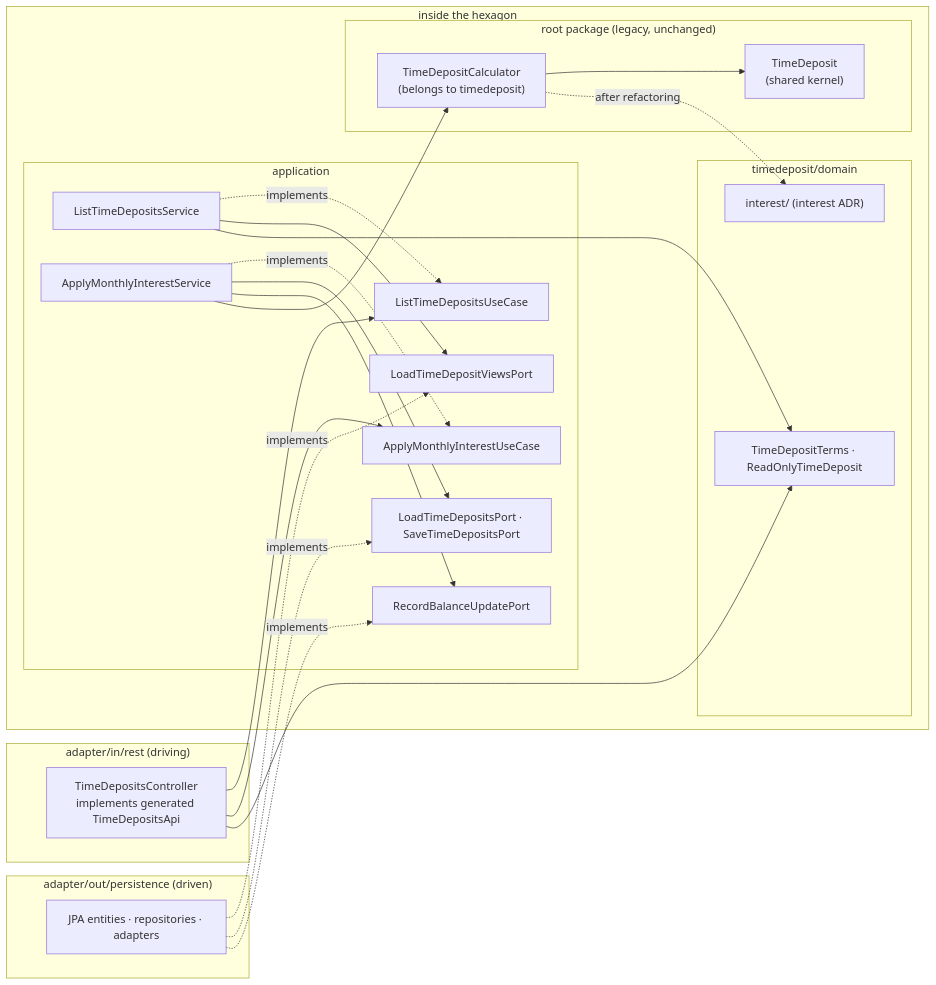
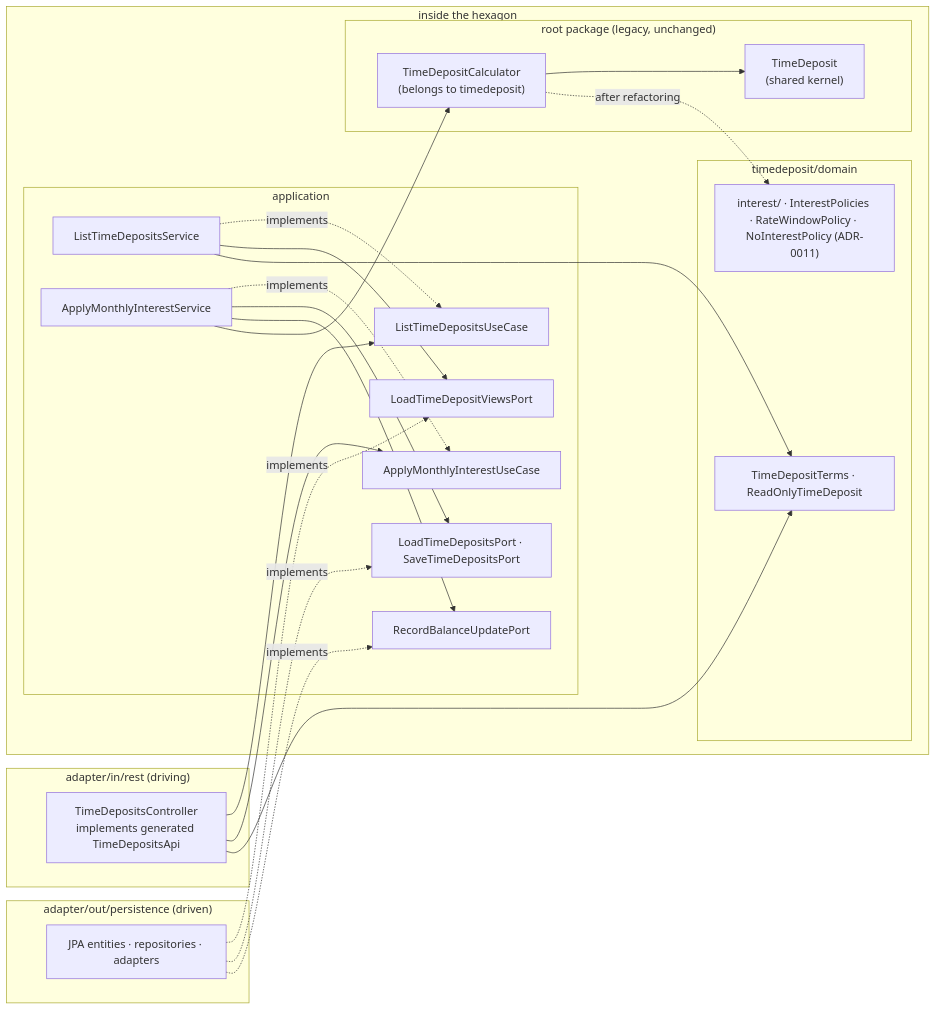
One commit to bh3x/time-deposit-kata changed the third of 5 diagrams in docs/architecture/overview.md. Above: the diagram before and after it, drawn with Mermaid. The commit also changed 1 other file, not shown here.

Commit message:
docs: link ADR-0011 from the overview and the known issues

````diff
--- a/docs/architecture/overview.md
+++ b/docs/architecture/overview.md
@@ -31,38 +31,38 @@
 ```mermaid
 flowchart LR
   subgraph rest["adapter/in/rest (driving)"]
     ctrl["TimeDepositsController<br/>implements generated TimeDepositsApi"]
   end
   subgraph core["inside the hexagon"]
     subgraph app["application"]
       in1["ListTimeDepositsUseCase"]
       in2["ApplyMonthlyInterestUseCase"]
       svc1["ListTimeDepositsService"]
       svc2["ApplyMonthlyInterestService"]
       out1["LoadTimeDepositViewsPort"]
       out2["LoadTimeDepositsPort · SaveTimeDepositsPort"]
       out3["RecordBalanceUpdatePort"]
     end
     subgraph domain["timedeposit/domain"]
       terms["TimeDepositTerms · ReadOnlyTimeDeposit"]
-      policies["interest/ (interest ADR)"]
+      policies["interest/ · InterestPolicies · RateWindowPolicy · NoInterestPolicy (ADR-0011)"]
     end
     subgraph root["root package (legacy, unchanged)"]
       calc["TimeDepositCalculator<br/>(belongs to timedeposit)"]
       kernel["TimeDeposit<br/>(shared kernel)"]
     end
   end
   subgraph persistence["adapter/out/persistence (driven)"]
     jpa["JPA entities · repositories · adapters"]
   end
   ctrl --> in1 & in2
   svc1 -. implements .-> in1
   svc2 -. implements .-> in2
   svc1 --> out1
   svc2 --> out2 & out3 & calc
   jpa -. implements .-> out1 & out2 & out3
   svc1 --> terms
   ctrl --> terms
   calc --> kernel
   calc -. "after refactoring" .-> policies
 ```
````
